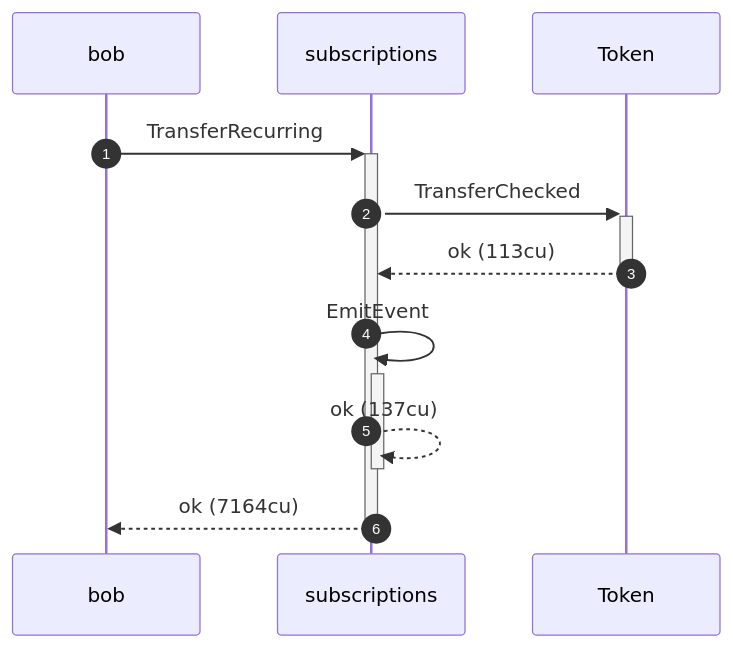
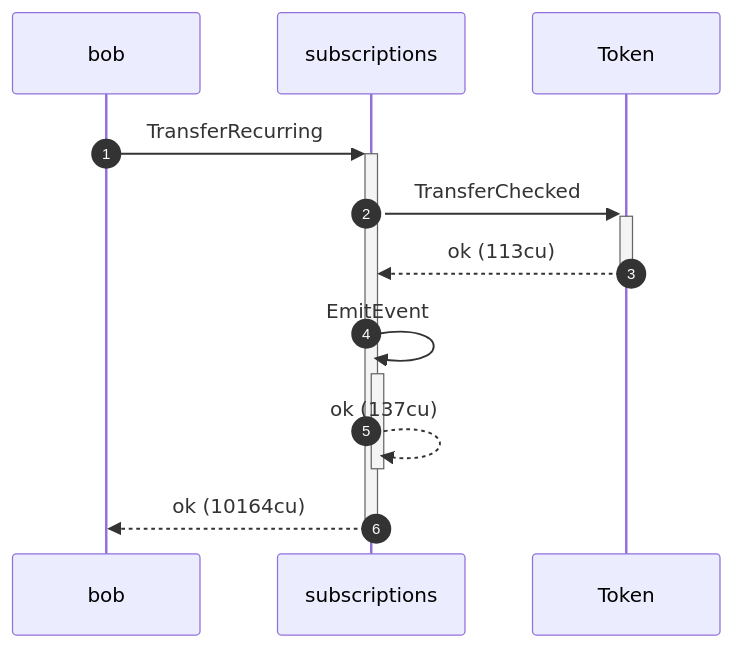
One commit to cds-rs/subscriptions changed the tenth of 16 diagrams in dsl_tests/skipped-periods-do-not-accumulate-allowance.md. Above: the diagram before and after it, drawn with Mermaid. The commit also changed other lines of this file and 224 other files, not shown here.

````diff
--- a/dsl_tests/skipped-periods-do-not-accumulate-allowance.md
+++ b/dsl_tests/skipped-periods-do-not-accumulate-allowance.md
@@ -198,13 +207,13 @@
 ```mermaid
 sequenceDiagram
     autonumber
     participant bob
     participant subscriptions
     participant Token
     bob ->>+ subscriptions: TransferRecurring
     subscriptions ->>+ Token: TransferChecked
     Token -->>- subscriptions: ok (113cu)
     subscriptions ->>+ subscriptions: EmitEvent
     subscriptions -->>- subscriptions: ok (137cu)
-    subscriptions -->>- bob: ok (7164cu)
+    subscriptions -->>- bob: ok (10164cu)
 ```
````
